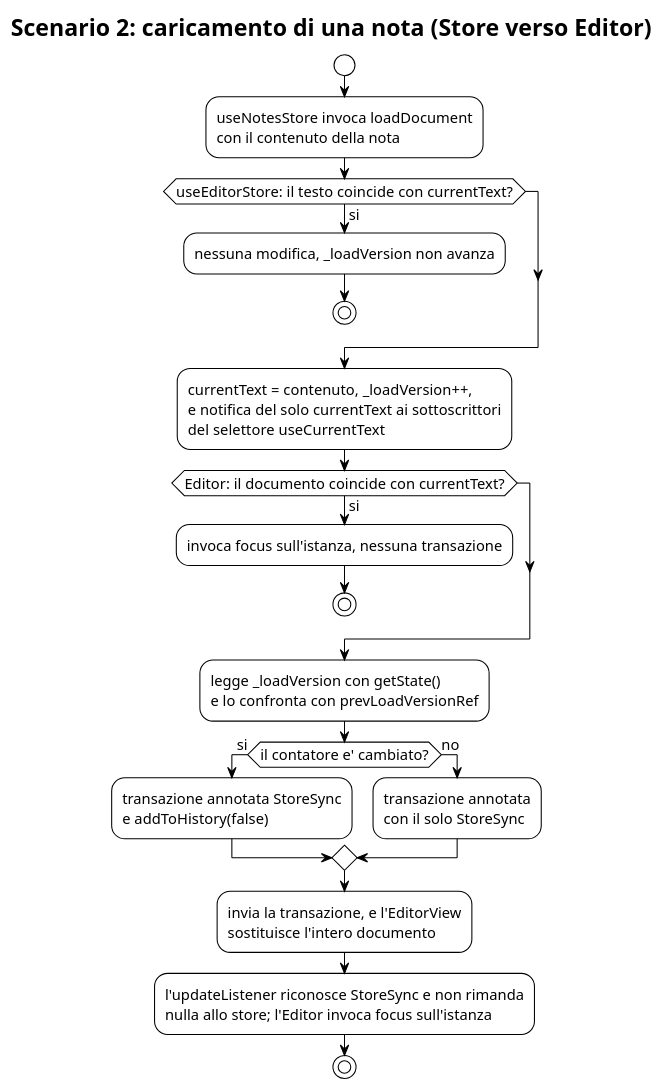
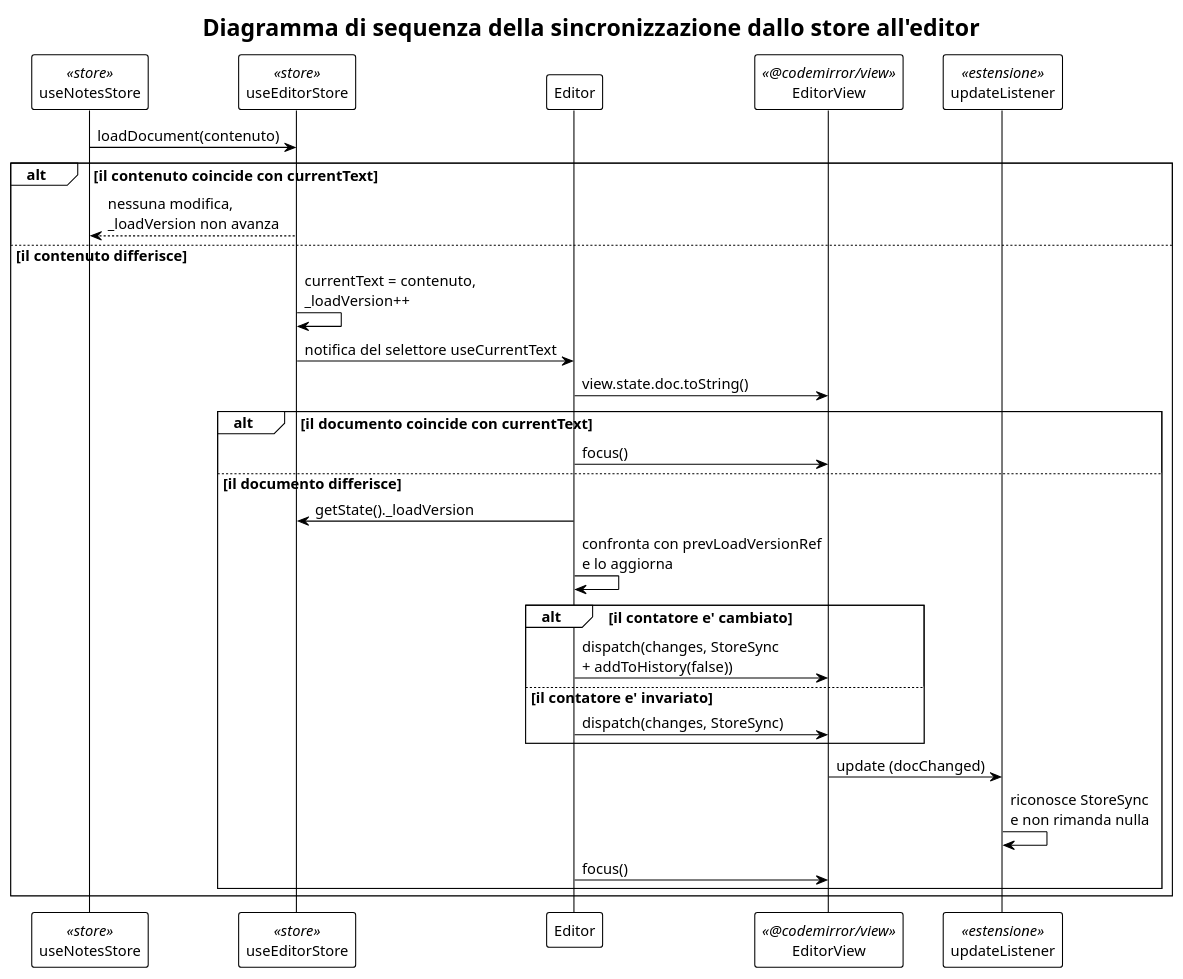
The diagram in PB/doc_esterna/specifica_tecnica/assets/plantuml/UML3.3.4-2.puml (thebitless-group-swe/thebitless.github.io), drawn with PlantUML before and after one commit. The commit also changed 35 other files, not shown here.

Commit message:
fix(ST):sistema diagrammi UML del capitolo 3.3, elimina i duplicati

```diff
--- a/PB/doc_esterna/specifica_tecnica/assets/plantuml/UML3.3.4-2.puml
+++ b/PB/doc_esterna/specifica_tecnica/assets/plantuml/UML3.3.4-2.puml
@@ -1,42 +1,39 @@
 @startuml
 !theme plain
 skinparam shadowing false
 skinparam defaultFontSize 14
 
-title Scenario 2: caricamento di una nota (Store verso Editor)
+title Diagramma di sequenza della sincronizzazione dallo store all'editor
 
-start
-:useNotesStore invoca loadDocument
-con il contenuto della nota;
+participant useNotesStore <<store>>
+participant useEditorStore <<store>>
+participant Editor
+participant EditorView <<@codemirror/view>>
+participant updateListener <<estensione>>
 
-if (useEditorStore: il testo coincide con currentText?) then (si)
-  :nessuna modifica, _loadVersion non avanza;
-  stop
-endif
+useNotesStore -> useEditorStore : loadDocument(contenuto)
 
-:currentText = contenuto, _loadVersion++,
-e notifica del solo currentText ai sottoscrittori
-del selettore useCurrentText;
+alt il contenuto coincide con currentText
+  useEditorStore --> useNotesStore : nessuna modifica,\n_loadVersion non avanza
+else il contenuto differisce
+  useEditorStore -> useEditorStore : currentText = contenuto,\n_loadVersion++
+  useEditorStore -> Editor : notifica del selettore useCurrentText
+  Editor -> EditorView : view.state.doc.toString()
 
-if (Editor: il documento coincide con currentText?) then (si)
-  :invoca focus sull'istanza, nessuna transazione;
-  stop
-endif
-
-:legge _loadVersion con getState()
-e lo confronta con prevLoadVersionRef;
-if (il contatore e' cambiato?) then (si)
-  :transazione annotata StoreSync
-  e addToHistory(false);
-else (no)
-  :transazione annotata
-  con il solo StoreSync;
-endif
-
-:invia la transazione, e l'EditorView
-sostituisce l'intero documento;
-:l'updateListener riconosce StoreSync e non rimanda
-nulla allo store; l'Editor invoca focus sull'istanza;
-stop
+  alt il documento coincide con currentText
+    Editor -> EditorView : focus()
+  else il documento differisce
+    Editor -> useEditorStore : getState()._loadVersion
+    Editor -> Editor : confronta con prevLoadVersionRef\ne lo aggiorna
+    alt il contatore e' cambiato
+      Editor -> EditorView : dispatch(changes, StoreSync\n+ addToHistory(false))
+    else il contatore e' invariato
+      Editor -> EditorView : dispatch(changes, StoreSync)
+    end
+    EditorView -> updateListener : update (docChanged)
+    updateListener -> updateListener : riconosce StoreSync\ne non rimanda nulla
+    Editor -> EditorView : focus()
+  end
+end
 
 @enduml
```
